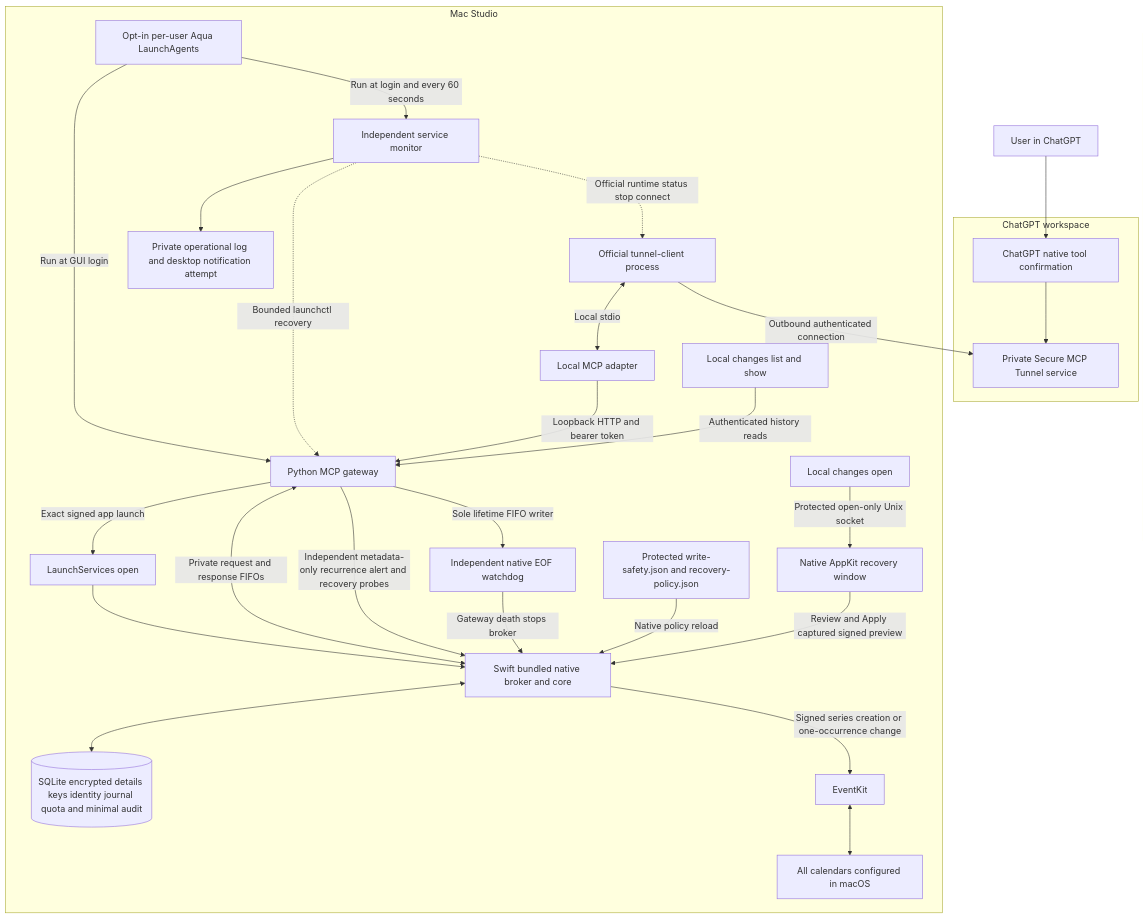
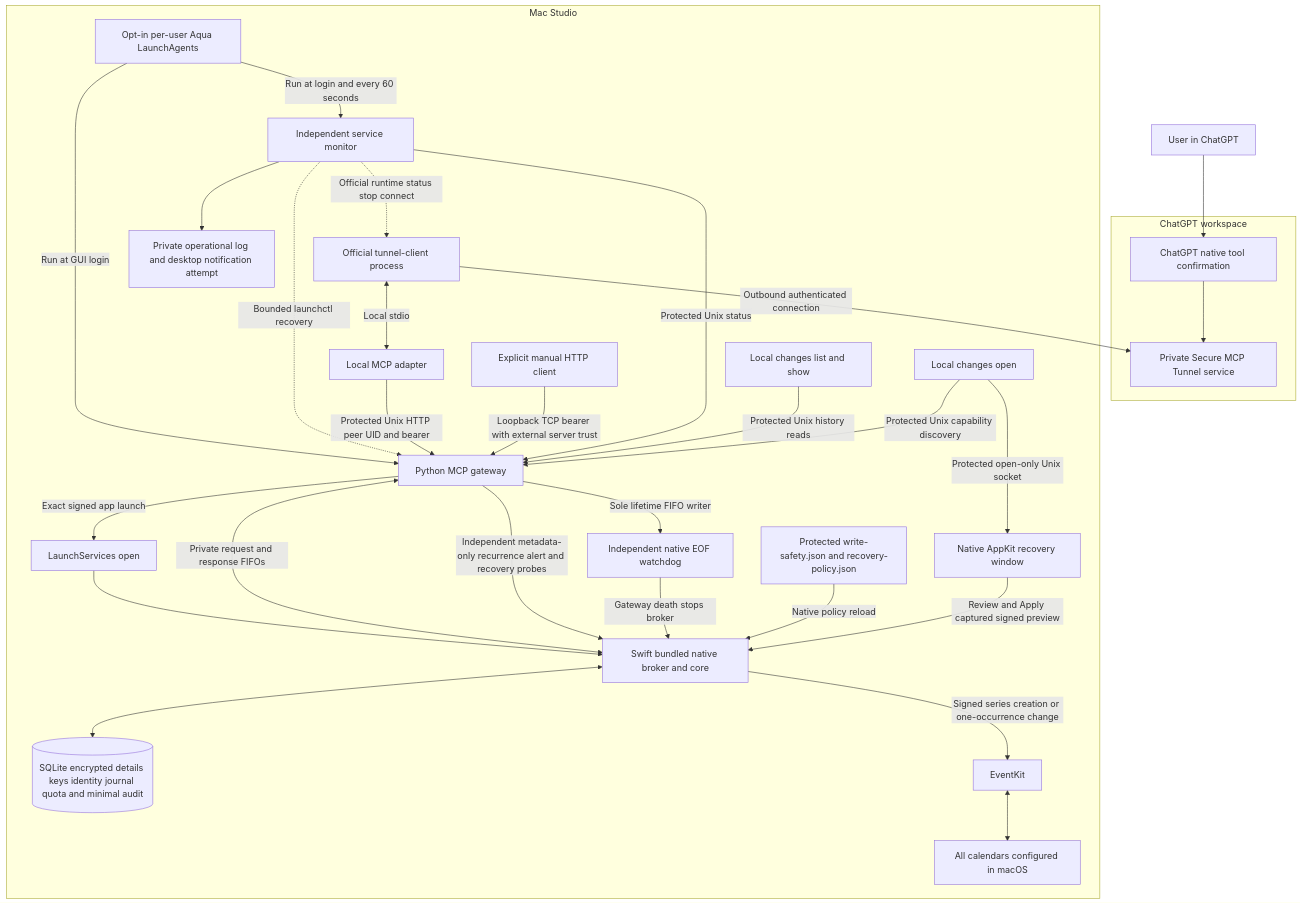
One commit to rmilkowski/icloud-calendar-mcp changed the first of 3 diagrams in docs/architecture.md. Above: the diagram before and after it, drawn with Mermaid. The commit also changed other lines of this file and 10 other files, not shown here.

Commit message:
Authenticate local gateway peers before sending credentials

````diff
--- a/docs/architecture.md
+++ b/docs/architecture.md
@@ -47,30 +50,33 @@
 ```mermaid
 flowchart TB
     U[User in ChatGPT] --> C[ChatGPT native tool confirmation]
     subgraph Cloud[ChatGPT workspace]
         C --> T[Private Secure MCP Tunnel service]
     end
     subgraph Mac[Mac Studio]
         LD[Opt-in per-user Aqua LaunchAgents] -->|Run at GUI login| G
         LD -->|Run at login and every 60 seconds| M[Independent service monitor]
         M -.->|Bounded launchctl recovery| G
         M -.->|Official runtime status stop connect| TC
         M --> N[Private operational log and desktop notification attempt]
         TC[Official tunnel-client process] -->|Outbound authenticated connection| T
         TC <-->|Local stdio| A[Local MCP adapter]
-        A -->|Loopback HTTP and bearer token| G[Python MCP gateway]
+        A -->|Protected Unix HTTP peer UID and bearer| G[Python MCP gateway]
+        MANUAL[Explicit manual HTTP client] -->|Loopback TCP bearer with external server trust| G
+        M -->|Protected Unix status| G
         G -->|Exact signed app launch| L[LaunchServices open]
         L --> B[Swift bundled native broker and core]
         G <-->|Private request and response FIFOs| B
         G -->|Independent metadata-only recurrence alert and recovery probes| B
         G -->|Sole lifetime FIFO writer| W[Independent native EOF watchdog]
         W -->|Gateway death stops broker| B
         P[Protected write-safety.json and recovery-policy.json] -->|Native policy reload| B
-        CLI[Local changes list and show] -->|Authenticated history reads| G
+        CLI[Local changes list and show] -->|Protected Unix history reads| G
+        OPEN -->|Protected Unix capability discovery| G
         OPEN[Local changes open] -->|Protected open-only Unix socket| UI[Native AppKit recovery window]
         UI -->|Review and Apply captured signed preview| B
         B <--> D[(SQLite encrypted details keys identity journal quota and minimal audit)]
         B -->|Signed series creation or one-occurrence change| E[EventKit]
         E <--> K[All calendars configured in macOS]
     end
 ```
````
